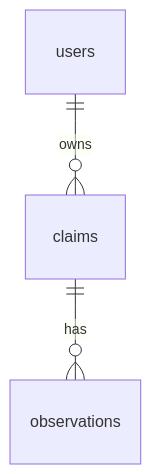
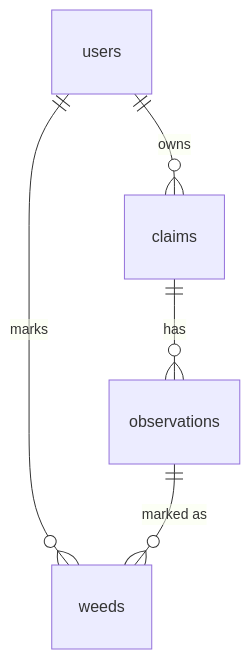
The diagram in schema.md (smith2415/InfoTracer), drawn with Mermaid before and after one commit. The commit also changed other lines of this file and 10 other files, not shown here.

````diff
--- a/schema.md
+++ b/schema.md
@@ -68,5 +80,7 @@
 ```mermaid
 erDiagram
     users ||--o{ claims : owns
     claims ||--o{ observations : has
+    users ||--o{ weeds : marks
+    observations ||--o{ weeds : "marked as"
 ```
````
